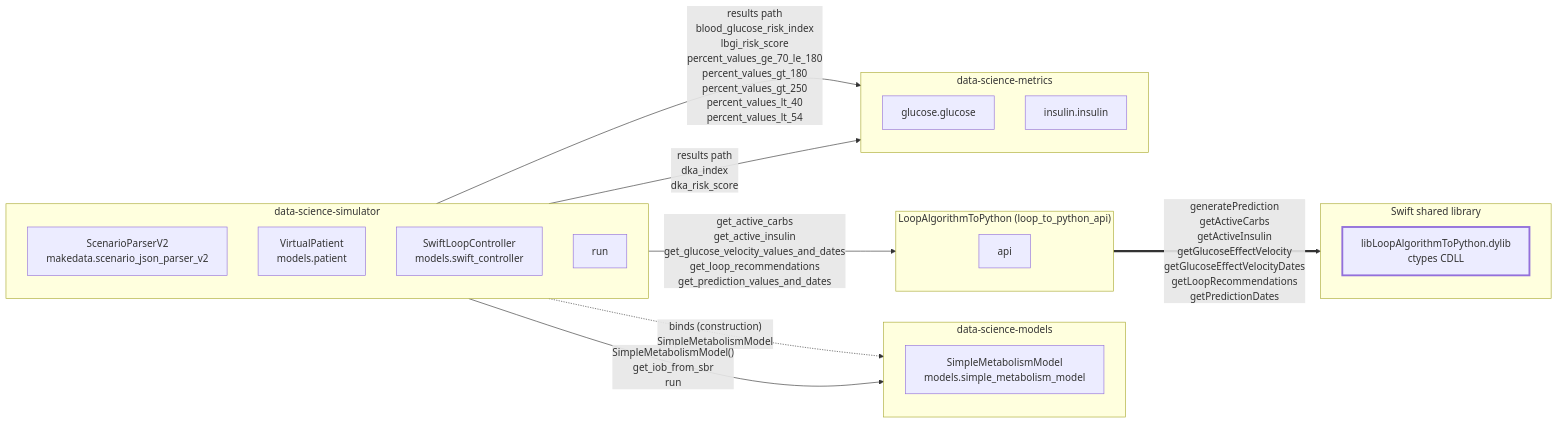
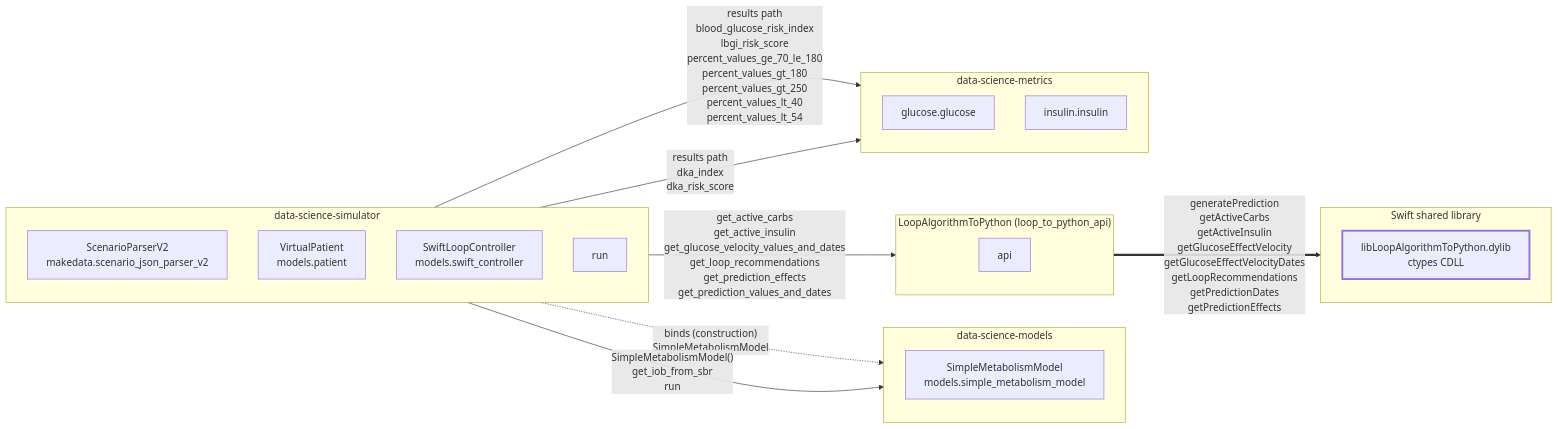
The diagram in .docs/architecture/data_flow.mmd (tidepool-org/data-science-simulator), drawn with Mermaid before and after one commit. The commit also changed 21 other files, not shown here.

First line of the commit message:
[chore] TRSET-57: regenerate diagramgen figures against current main

```diff
--- a/.docs/architecture/data_flow.mmd
+++ b/.docs/architecture/data_flow.mmd
@@ -1,54 +1,54 @@
 %% Generated by tidepool_data_science_simulator.diagramgen v1.0.0
 %% Do not edit by hand. Regenerate with:
 %%     python -m tidepool_data_science_simulator.diagramgen
 %% Drift gate: python -m tidepool_data_science_simulator.diagramgen --check
 %% --
 %% This figure records cross-package calls OBSERVED during a real, in-process run
-%% of the reference scenario. It is evidence of executed behavior, not an
+%% of the scenario named below. It is evidence of executed behavior, not an
 %% assertion about permitted structure.
 %% --
 %% scenario: scenario_configs/tidepool_risk_v2/loop_risk_v2_0/loop_risk_v2_2_0_full/TLR-552/Simulation-Configuration-TLR-552_Median_profile.json
-%% generated (UTC): 2026-09-22T17:09:26.315211+00:00
+%% generated (UTC): 2026-10-02T18:04:43.189788+00:00
 %% allowlist sha256: 43824f058c9c1df26be14e0e31e3313ef481efbcda4ebf897429fd44a8448744
 %% --
 %% package provenance:
-%%     loop_to_python_api: cf4a12bc27fedc0113632c8cb0e78db3d0449dba (dirty)
+%%     loop_to_python_api: 38408b1786abfc1997c13185249d47248d4453a9 (dirty)
 %%     tidepool_data_science_metrics: no git working tree; distribution version 0.1.1
 %%     tidepool_data_science_models: 0c5b809e2a4a4eef79851b24a8820b4b4748ddb6 (dirty)
-%%     tidepool_data_science_simulator: 259746e2e6dc98877fd8a84a3c295cca8f01b693 (dirty)
+%%     tidepool_data_science_simulator: 5307af7eabd9a5083f6ddcb7f98edff700ddceff (clean)
 
 flowchart LR
     subgraph sg_tidepool_data_science_simulator["data-science-simulator"]
         direction TB
         n9ece8a88c3["ScenarioParserV2<br/>makedata.scenario_json_parser_v2"]
         n90d2281816["VirtualPatient<br/>models.patient"]
         n9ab6438beb["SwiftLoopController<br/>models.swift_controller"]
         ndb5a159ba0["run"]
     end
     subgraph sg_tidepool_data_science_models["data-science-models"]
         direction TB
         nbf33d0b2b9["SimpleMetabolismModel<br/>models.simple_metabolism_model"]
     end
     subgraph sg_loop_to_python_api["LoopAlgorithmToPython (loop_to_python_api)"]
         direction TB
         n7ba8183db9["api"]
     end
     subgraph sg_native["Swift shared library"]
         direction TB
         ncd9406fc74["libLoopAlgorithmToPython.dylib<br/>ctypes CDLL"]
     end
     subgraph sg_tidepool_data_science_metrics["data-science-metrics"]
         direction TB
         n557ce96a10["glucose.glucose"]
         nb3eb3d1ba5["insulin.insulin"]
     end
 
-    n7ba8183db9 ==>|"generatePrediction<br/>getActiveCarbs<br/>getActiveInsulin<br/>getGlucoseEffectVelocity<br/>getGlucoseEffectVelocityDates<br/>getLoopRecommendations<br/>getPredictionDates"| ncd9406fc74
+    n7ba8183db9 ==>|"generatePrediction<br/>getActiveCarbs<br/>getActiveInsulin<br/>getGlucoseEffectVelocity<br/>getGlucoseEffectVelocityDates<br/>getLoopRecommendations<br/>getPredictionDates<br/>getPredictionEffects"| ncd9406fc74
     n9ece8a88c3 -.->|"binds (construction)<br/>SimpleMetabolismModel"| nbf33d0b2b9
     n90d2281816 -->|"SimpleMetabolismModel()<br/>get_iob_from_sbr<br/>run"| nbf33d0b2b9
-    n9ab6438beb -->|"get_active_carbs<br/>get_active_insulin<br/>get_glucose_velocity_values_and_dates<br/>get_loop_recommendations<br/>get_prediction_values_and_dates"| n7ba8183db9
+    n9ab6438beb -->|"get_active_carbs<br/>get_active_insulin<br/>get_glucose_velocity_values_and_dates<br/>get_loop_recommendations<br/>get_prediction_effects<br/>get_prediction_values_and_dates"| n7ba8183db9
     ndb5a159ba0 -->|"results path<br/>blood_glucose_risk_index<br/>lbgi_risk_score<br/>percent_values_ge_70_le_180<br/>percent_values_gt_180<br/>percent_values_gt_250<br/>percent_values_lt_40<br/>percent_values_lt_54"| n557ce96a10
     ndb5a159ba0 -->|"results path<br/>dka_index<br/>dka_risk_score"| nb3eb3d1ba5
 
     classDef nativeBox stroke-width:3px
     class ncd9406fc74 nativeBox
```
